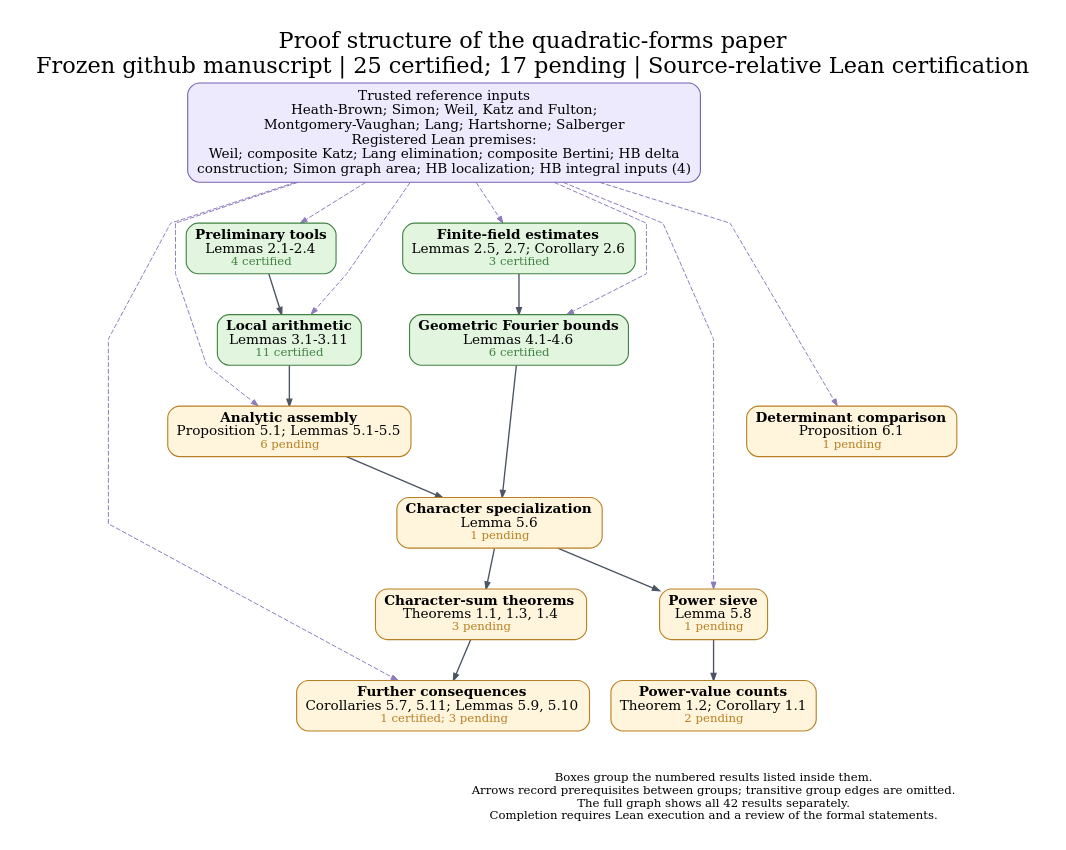
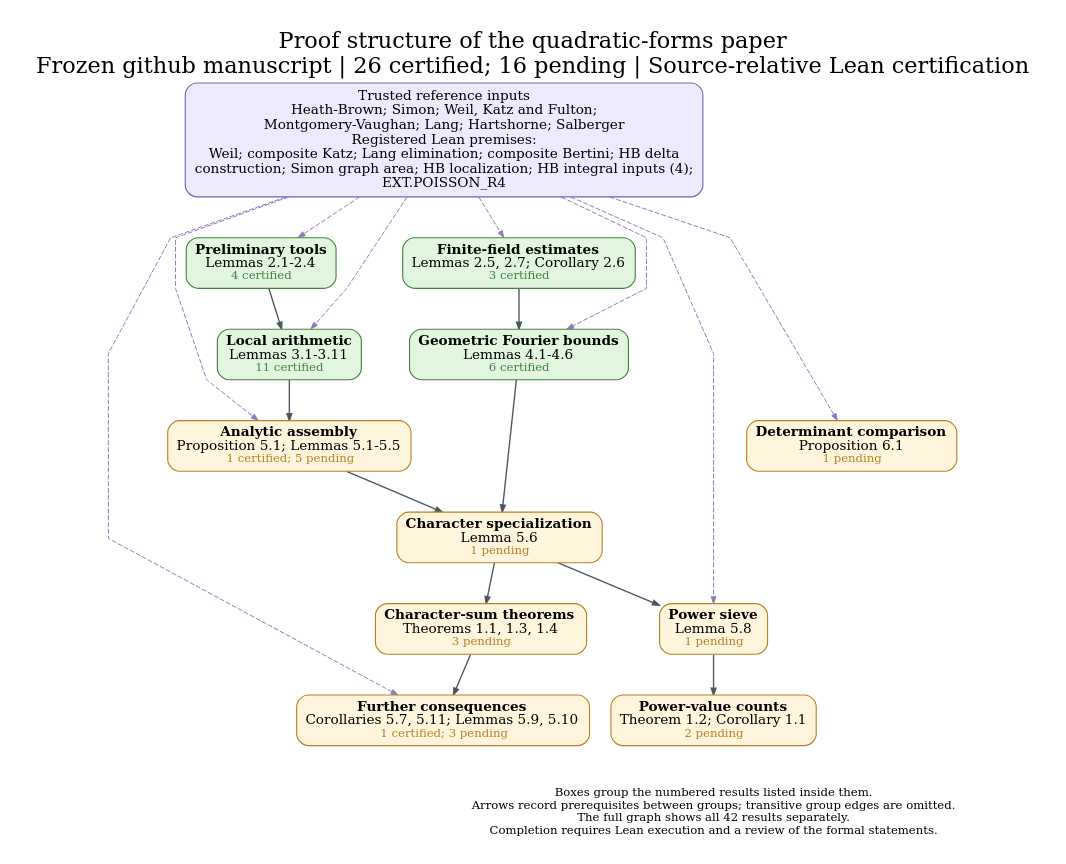
Before and after one commit to nicolasrobles/quaternary-quadratic-forms: the diagram in docs/dependency_overview.dot, drawn with Graphviz. The commit also changed 36 other files, not shown here.

Commit message:
Certify Lemma 5.1 delta-Poisson identity and convergence

```diff
--- a/docs/dependency_overview.dot
+++ b/docs/dependency_overview.dot
@@ -1,43 +1,43 @@
 digraph Overview {
 graph [rankdir=TB, newrank=true, compound=true, outputorder=edgesfirst,
   bgcolor="white", fontname="DejaVu Serif", fontsize=23, labelloc=t,
-  label="Proof structure of the quadratic-forms paper\nFrozen github manuscript | 25 certified; 17 pending | Source-relative Lean certification",
+  label="Proof structure of the quadratic-forms paper\nFrozen github manuscript | 26 certified; 16 pending | Source-relative Lean certification",
   nodesep=0.30, ranksep=0.58, pad=0.28, splines=polyline];
 node [shape=box, style="rounded,filled", fillcolor="#fff4dc", color="#b88023",
   fontname="DejaVu Serif", fontsize=14, penwidth=1.15, margin="0.12,0.09"];
 edge [color="#4b5563", arrowsize=0.70, penwidth=1.05];
-sources [label="Trusted reference inputs\nHeath-Brown; Simon; Weil, Katz and Fulton;\nMontgomery-Vaughan; Lang; Hartshorne; Salberger\nRegistered Lean premises:\nWeil; composite Katz; Lang elimination; composite Bertini; HB delta\nconstruction; Simon graph area; HB localization; HB integral inputs (4)", fillcolor="#eeeafd", color="#7762b4", fontsize=14];
+sources [label="Trusted reference inputs\nHeath-Brown; Simon; Weil, Katz and Fulton;\nMontgomery-Vaughan; Lang; Hartshorne; Salberger\nRegistered Lean premises:\nWeil; composite Katz; Lang elimination; composite Bertini; HB delta\nconstruction; Simon graph area; HB localization; HB integral inputs (4);\nEXT.POISSON_R4", fillcolor="#eeeafd", color="#7762b4", fontsize=14];
 "prelim" [label=<<B>Preliminary tools</B><BR/>Lemmas 2.1-2.4<BR/><FONT POINT-SIZE="12" COLOR="#408342">4 certified</FONT>>, fillcolor="#e1f5df", color="#408342", URL="https://github.com/nicolasrobles/quaternary-quadratic-forms/blob/main/INVENTORY.md", target="_blank"];
 "finite" [label=<<B>Finite-field estimates</B><BR/>Lemmas 2.5, 2.7; Corollary 2.6<BR/><FONT POINT-SIZE="12" COLOR="#408342">3 certified</FONT>>, fillcolor="#e1f5df", color="#408342", URL="https://github.com/nicolasrobles/quaternary-quadratic-forms/blob/main/INVENTORY.md", target="_blank"];
 "local" [label=<<B>Local arithmetic</B><BR/>Lemmas 3.1-3.11<BR/><FONT POINT-SIZE="12" COLOR="#408342">11 certified</FONT>>, fillcolor="#e1f5df", color="#408342", URL="https://github.com/nicolasrobles/quaternary-quadratic-forms/blob/main/INVENTORY.md", target="_blank"];
 "fourier" [label=<<B>Geometric Fourier bounds</B><BR/>Lemmas 4.1-4.6<BR/><FONT POINT-SIZE="12" COLOR="#408342">6 certified</FONT>>, fillcolor="#e1f5df", color="#408342", URL="https://github.com/nicolasrobles/quaternary-quadratic-forms/blob/main/INVENTORY.md", target="_blank"];
-"analytic" [label=<<B>Analytic assembly</B><BR/>Proposition 5.1; Lemmas 5.1-5.5<BR/><FONT POINT-SIZE="12" COLOR="#b88023">6 pending</FONT>>, fillcolor="#fff4dc", color="#b88023", URL="https://github.com/nicolasrobles/quaternary-quadratic-forms/blob/main/INVENTORY.md", target="_blank"];
+"analytic" [label=<<B>Analytic assembly</B><BR/>Proposition 5.1; Lemmas 5.1-5.5<BR/><FONT POINT-SIZE="12" COLOR="#b88023">1 certified; 5 pending</FONT>>, fillcolor="#fff4dc", color="#b88023", URL="https://github.com/nicolasrobles/quaternary-quadratic-forms/blob/main/INVENTORY.md", target="_blank"];
 "characters" [label=<<B>Character specialization</B><BR/>Lemma 5.6<BR/><FONT POINT-SIZE="12" COLOR="#b88023">1 pending</FONT>>, fillcolor="#fff4dc", color="#b88023", URL="https://github.com/nicolasrobles/quaternary-quadratic-forms/blob/main/INVENTORY.md", target="_blank"];
 "sieve" [label=<<B>Power sieve</B><BR/>Lemma 5.8<BR/><FONT POINT-SIZE="12" COLOR="#b88023">1 pending</FONT>>, fillcolor="#fff4dc", color="#b88023", URL="https://github.com/nicolasrobles/quaternary-quadratic-forms/blob/main/INVENTORY.md", target="_blank"];
 "consequences" [label=<<B>Further consequences</B><BR/>Corollaries 5.7, 5.11; Lemmas 5.9, 5.10<BR/><FONT POINT-SIZE="12" COLOR="#b88023">1 certified; 3 pending</FONT>>, fillcolor="#fff4dc", color="#b88023", URL="https://github.com/nicolasrobles/quaternary-quadratic-forms/blob/main/INVENTORY.md", target="_blank"];
 "maincharacters" [label=<<B>Character-sum theorems</B><BR/>Theorems 1.1, 1.3, 1.4<BR/><FONT POINT-SIZE="12" COLOR="#b88023">3 pending</FONT>>, fillcolor="#fff4dc", color="#b88023", URL="https://github.com/nicolasrobles/quaternary-quadratic-forms/blob/main/INVENTORY.md", target="_blank"];
 "mainpowers" [label=<<B>Power-value counts</B><BR/>Theorem 1.2; Corollary 1.1<BR/><FONT POINT-SIZE="12" COLOR="#b88023">2 pending</FONT>>, fillcolor="#fff4dc", color="#b88023", URL="https://github.com/nicolasrobles/quaternary-quadratic-forms/blob/main/INVENTORY.md", target="_blank"];
 "fixed" [label=<<B>Determinant comparison</B><BR/>Proposition 6.1<BR/><FONT POINT-SIZE="12" COLOR="#b88023">1 pending</FONT>>, fillcolor="#fff4dc", color="#b88023", URL="https://github.com/nicolasrobles/quaternary-quadratic-forms/blob/main/INVENTORY.md", target="_blank"];
 "analytic" -> "characters" [penwidth=1.4];
 "characters" -> "maincharacters" [penwidth=1.4];
 "characters" -> "sieve" [penwidth=1.4];
 "finite" -> "fourier" [penwidth=1.4];
 "fourier" -> "characters" [penwidth=1.4];
 "local" -> "analytic" [penwidth=1.4];
 "maincharacters" -> "consequences" [penwidth=1.4];
 "prelim" -> "local" [penwidth=1.4];
 "sieve" -> "mainpowers" [penwidth=1.4];
 sources -> "analytic" [style=dashed, color="#8d79bc", penwidth=1.0];
 sources -> "consequences" [style=dashed, color="#8d79bc", penwidth=1.0];
 sources -> "finite" [style=dashed, color="#8d79bc", penwidth=1.0];
 sources -> "fixed" [style=dashed, color="#8d79bc", penwidth=1.0];
 sources -> "fourier" [style=dashed, color="#8d79bc", penwidth=1.0];
 sources -> "local" [style=dashed, color="#8d79bc", penwidth=1.0];
 sources -> "prelim" [style=dashed, color="#8d79bc", penwidth=1.0];
 sources -> "sieve" [style=dashed, color="#8d79bc", penwidth=1.0];
 legend [shape=plain, style="", label="Boxes group the numbered results listed inside them.\nArrows record prerequisites between groups; transitive group edges are omitted.\nThe full graph shows all 42 results separately.\nCompletion requires Lean execution and a review of the formal statements.", fontsize=12];
 {rank=sink; legend;}
 "consequences" -> legend [style=invis];
 "fixed" -> legend [style=invis];
 "mainpowers" -> legend [style=invis];
 }
```
